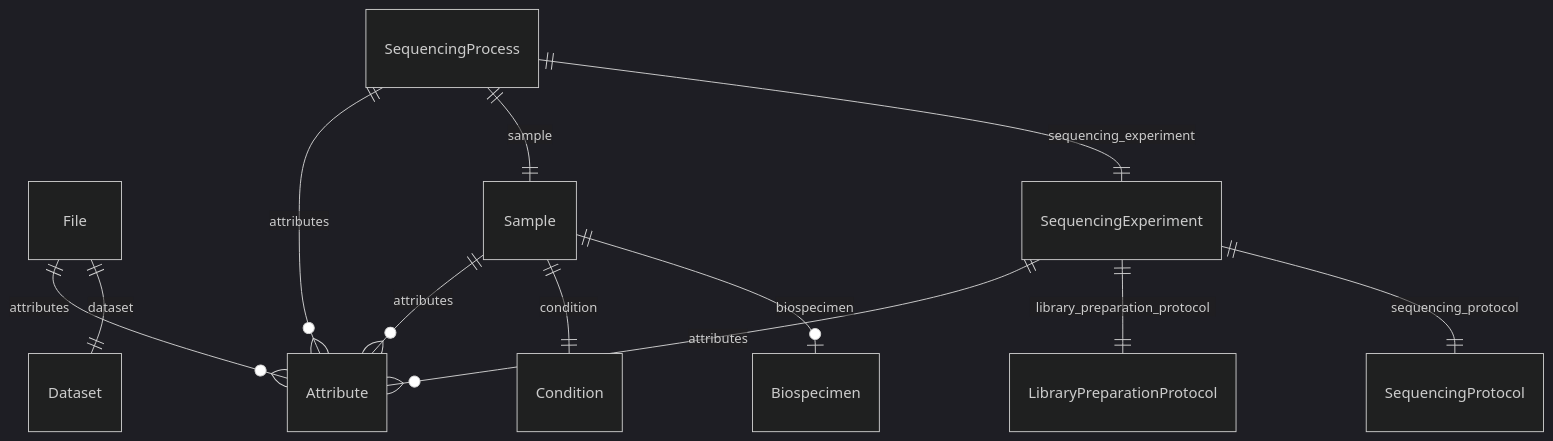
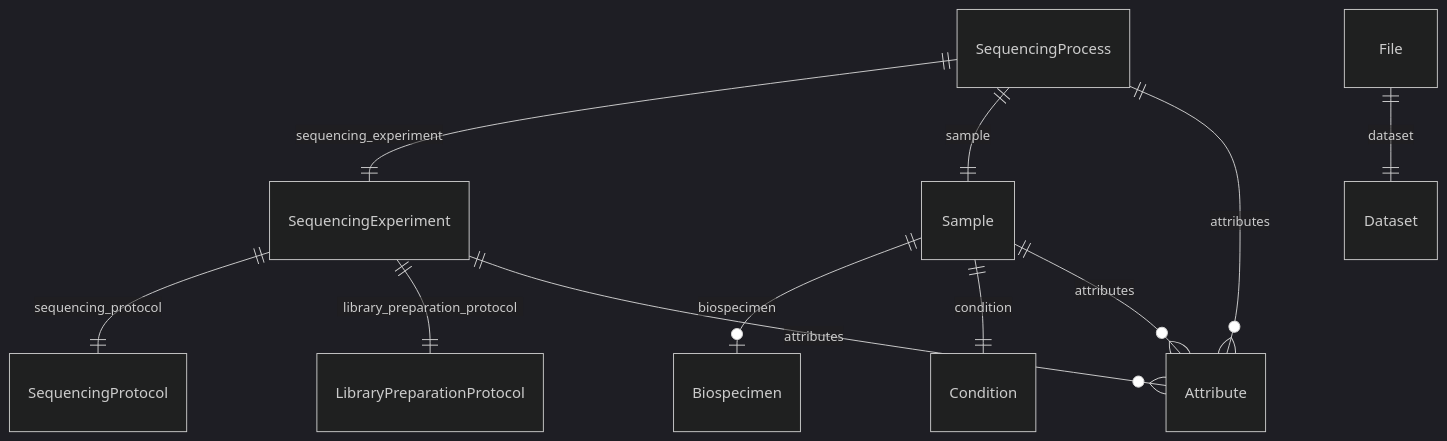
One commit to ghga-de/ghga-metadata-schema changed the third of 7 diagrams in docs/entity_relations.md. Above: the diagram before and after it, drawn with Mermaid (dark theme). The commit also changed other lines of this file and 29 other files, not shown here.

````diff
--- a/docs/entity_relations.md
+++ b/docs/entity_relations.md
@@ -170,28 +163,27 @@
 ```mermaid
 erDiagram
 SequencingProcess {
 
 }
 File {
 
 }
 Sample {
 
 }
 SequencingExperiment {
 
 }
 
 SequencingProcess ||--|| SequencingExperiment : "sequencing_experiment"
 SequencingProcess ||--|| Sample : "sample"
 SequencingProcess ||--}o Attribute : "attributes"
 File ||--|| Dataset : "dataset"
-File ||--}o Attribute : "attributes"
 Sample ||--|o Biospecimen : "biospecimen"
 Sample ||--|| Condition : "condition"
 Sample ||--}o Attribute : "attributes"
 SequencingExperiment ||--|| SequencingProtocol : "sequencing_protocol"
 SequencingExperiment ||--|| LibraryPreparationProtocol : "library_preparation_protocol"
 SequencingExperiment ||--}o Attribute : "attributes"
 
 ```
````
